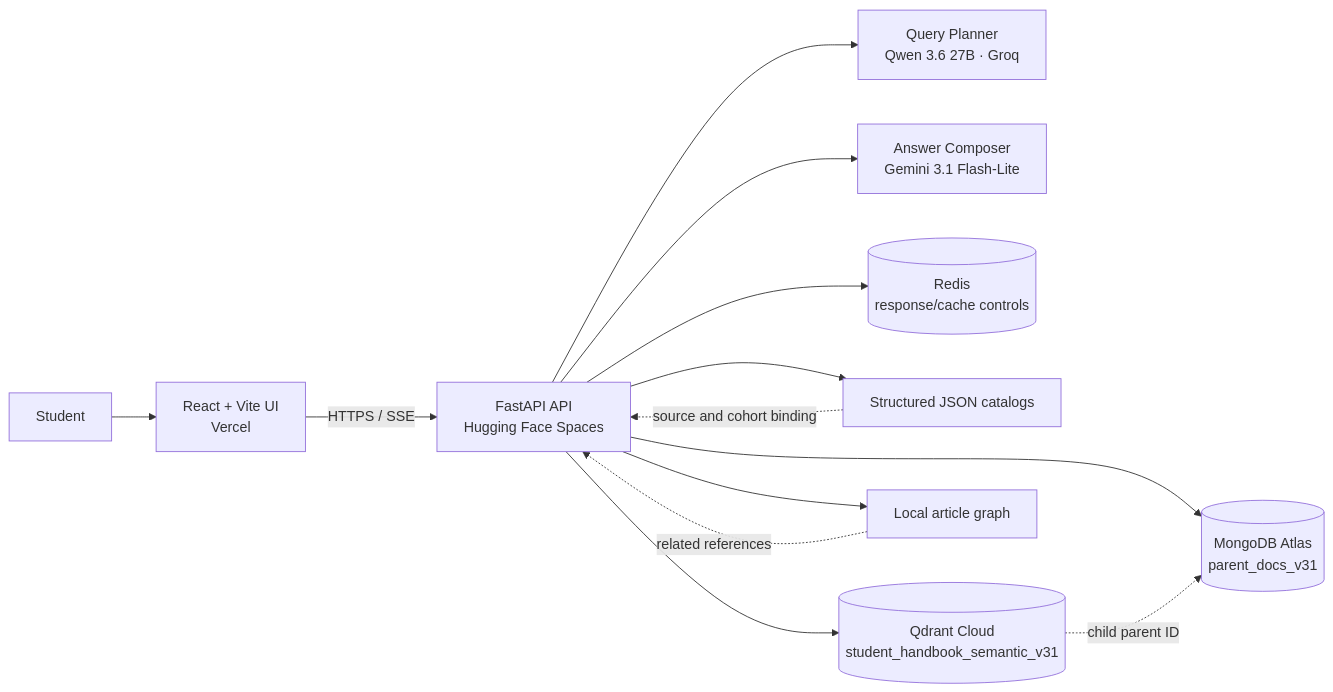
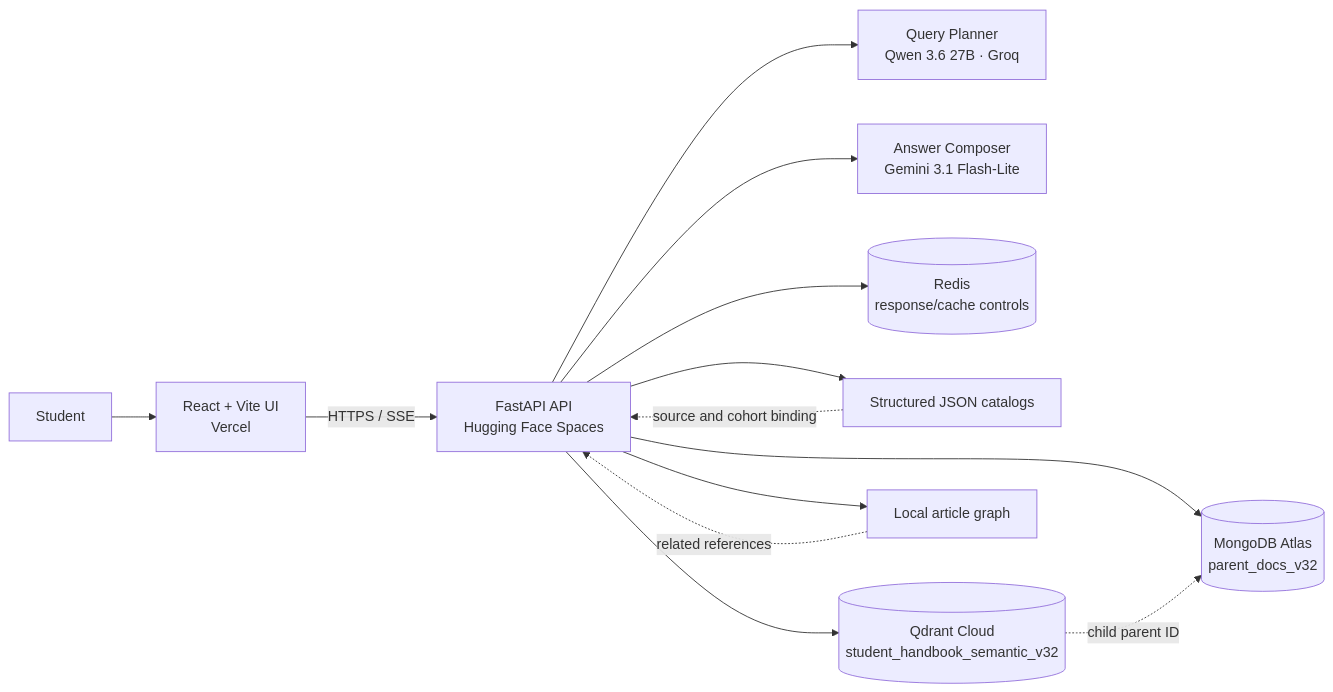
One commit to AnhPhiNe/student-handbook-rag-chatbot changed the first of 4 diagrams in README.md. Above: the diagram before and after it, drawn with Mermaid. The commit also changed other lines of this file and 2 other files, not shown here.

````diff
--- a/README.md
+++ b/README.md
@@ -40,18 +40,18 @@
 ```mermaid
 flowchart LR
     Student["Student"] --> UI["React + Vite UI<br/>Vercel"]
     UI -->|"HTTPS / SSE"| API["FastAPI API<br/>Hugging Face Spaces"]
 
     API --> Planner["Query Planner<br/>Qwen 3.6 27B · Groq"]
     API --> Composer["Answer Composer<br/>Gemini 3.1 Flash-Lite"]
     API --> Cache[("Redis<br/>response/cache controls")]
 
     API --> Structured["Structured JSON catalogs"]
-    API --> Qdrant[("Qdrant Cloud<br/>student_handbook_semantic_v31")]
-    API --> Mongo[("MongoDB Atlas<br/>parent_docs_v31")]
+    API --> Qdrant[("Qdrant Cloud<br/>student_handbook_semantic_v32")]
+    API --> Mongo[("MongoDB Atlas<br/>parent_docs_v32")]
     API --> Graph["Local article graph"]
 
     Qdrant -. child parent ID .-> Mongo
     Structured -. source and cohort binding .-> API
     Graph -. related references .-> API
 ```
````
